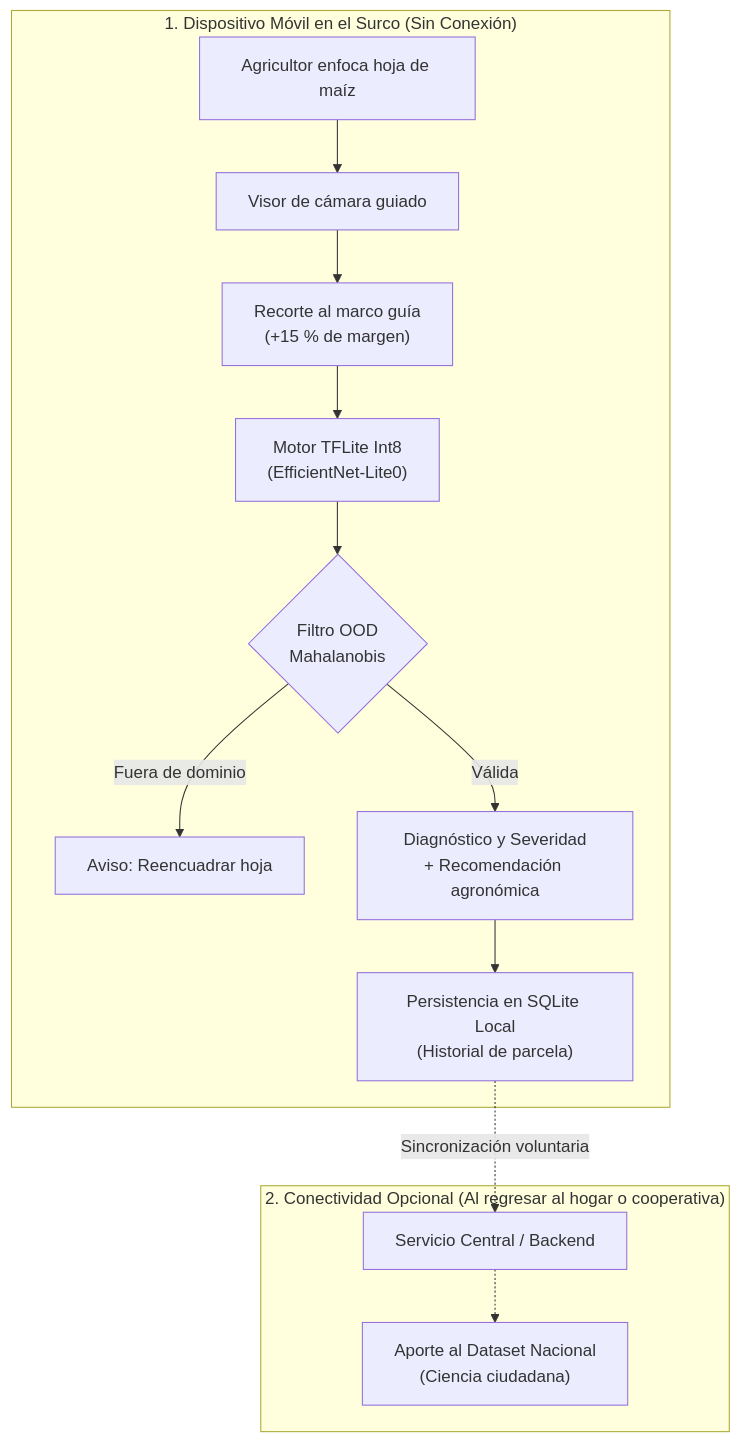
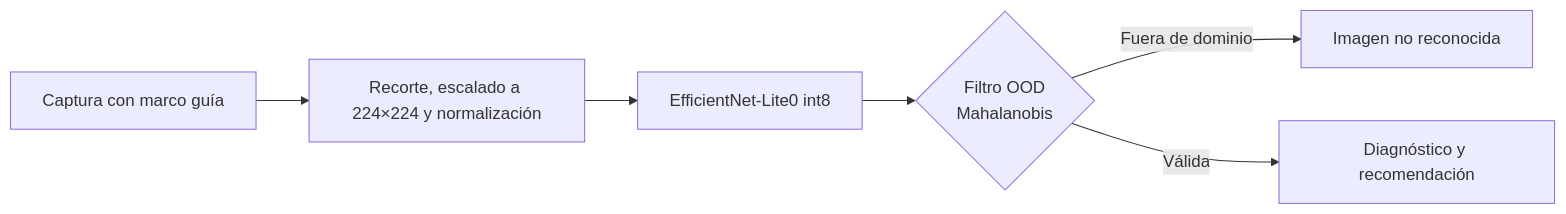
One commit to daiv05/maize-doctor-classifier changed the diagram in docs/es/guia/index.md. Above: the diagram before and after it, drawn with Mermaid. The commit also changed other lines of this file and 80 other files, not shown here.

````diff
--- a/docs/es/guia/index.md
+++ b/docs/es/guia/index.md
@@ -157,17 +15,8 @@
 ```mermaid
-flowchart TD
-    subgraph Campo["1. Dispositivo Móvil en el Surco (Sin Conexión)"]
-        A["Agricultor enfoca hoja de maíz"] --> B["Visor de cámara guiado"]
-        B --> C["Recorte al marco guía<br>(+15 % de margen)"]
-        C --> D["Motor TFLite Int8<br>(EfficientNet-Lite0)"]
-        D --> E{"Filtro OOD<br>Mahalanobis"}
-        E -- "Fuera de dominio" --> F["Aviso: Reencuadrar hoja"]
-        E -- "Válida" --> G["Diagnóstico y Severidad<br>+ Recomendación agronómica"]
-        G --> H["Persistencia en SQLite Local<br>(Historial de parcela)"]
-    end
-
-    subgraph Nube["2. Conectividad Opcional (Al regresar al hogar o cooperativa)"]
-        H -. "Sincronización voluntaria" .-> I["Servicio Central / Backend"]
-        I -.-> J["Aporte al Dataset Nacional<br>(Ciencia ciudadana)"]
-    end
+flowchart LR
+    A["Captura con marco guía"] --> B["Recorte, escalado a 224×224 y normalización"]
+    B --> C["EfficientNet-Lite0 int8"]
+    C --> D{"Filtro OOD<br>Mahalanobis"}
+    D -- "Fuera de dominio" --> E["Imagen no reconocida"]
+    D -- "Válida" --> F["Diagnóstico y recomendación"]
 ```
````
